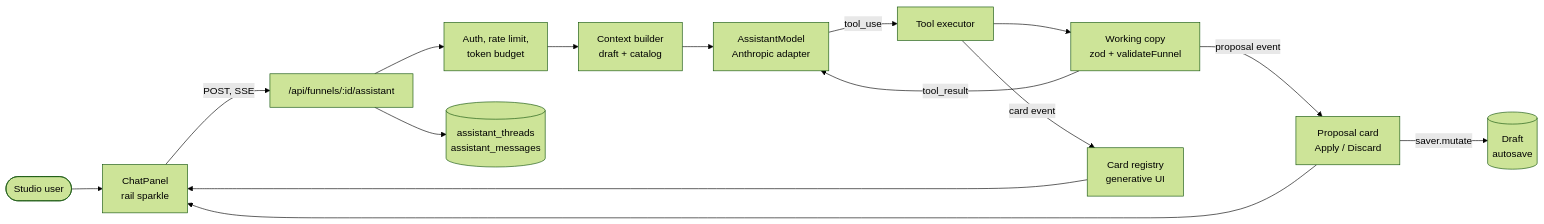
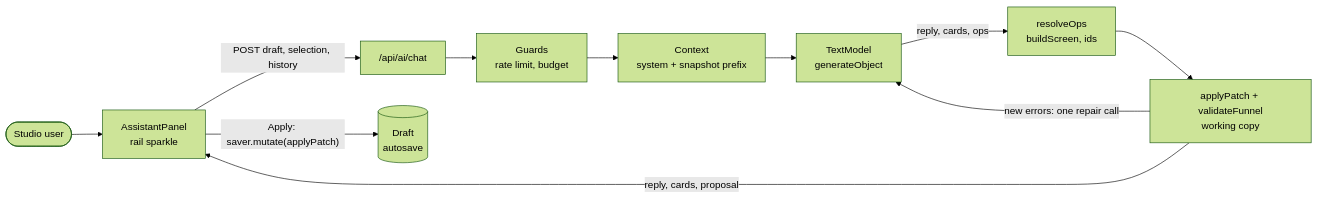
One commit to arturklimovich-eng/vibefunel changed the diagram in docs/features/80-ai-assistant.md. Above: the diagram before and after it, drawn with Mermaid (forest theme). The commit also changed other lines of this file and 77 other files, not shown here.

First line of the commit message:
AI generation: brief to funnel, inline AI, images, editor assistant

````diff
--- a/docs/features/80-ai-assistant.md
+++ b/docs/features/80-ai-assistant.md
@@ -14,29 +15,22 @@
 ```mermaid
 flowchart LR
-  U([Studio user]) --> CP["ChatPanel<br/>rail sparkle"]
-  CP -->|"POST, SSE"| RT["/api/funnels/:id/assistant"]
-  RT --> AUTH["Auth, rate limit,<br/>token budget"]
-  AUTH --> CTX["Context builder<br/>draft + catalog"]
-  CTX --> MP["AssistantModel<br/>Anthropic adapter"]
-  MP -->|"tool_use"| TL["Tool executor"]
-  TL --> WC["Working copy<br/>zod + validateFunnel"]
-  WC -->|"tool_result"| MP
-  TL -->|"card event"| GUI["Card registry<br/>generative UI"]
-  WC -->|"proposal event"| PR["Proposal card<br/>Apply / Discard"]
-  PR -->|"saver.mutate"| DR[("Draft<br/>autosave")]
-  RT --> TH[("assistant_threads<br/>assistant_messages")]
-  GUI --> CP
-  PR --> CP
+  U([Studio user]) --> CP["AssistantPanel<br/>rail sparkle"]
+  CP -->|"POST draft, selection, history"| RT["/api/ai/chat"]
+  RT --> G["Guards<br/>rate limit, budget"]
+  G --> CTX["Context<br/>system + snapshot prefix"]
+  CTX --> TM["TextModel<br/>generateObject"]
+  TM -->|"reply, cards, ops"| RS["resolveOps<br/>buildScreen, ids"]
+  RS --> WC["applyPatch + validateFunnel<br/>working copy"]
+  WC -->|"new errors: one repair call"| TM
+  WC -->|"reply, cards, proposal"| CP
+  CP -->|"Apply: saver.mutate(applyPatch)"| DR[("Draft<br/>autosave")]
 
   click CP "#step-chat-panel"
-  click RT "#step-assistant-route"
-  click AUTH "#step-guards"
-  click CTX "#step-context-builder"
-  click MP "#step-model-adapter"
-  click TL "#step-tools"
+  click RT "#step-chat-route"
+  click G "./81-ai-generation.md#step-guards-and-budget"
+  click CTX "#step-context"
+  click TM "./81-ai-generation.md#step-providers"
+  click RS "#step-operations"
   click WC "#step-working-copy"
-  click GUI "#step-generative-ui-cards"
-  click PR "#step-proposals"
   click DR "./10-authoring.md"
-  click TH "#step-threads"
 ```
````
